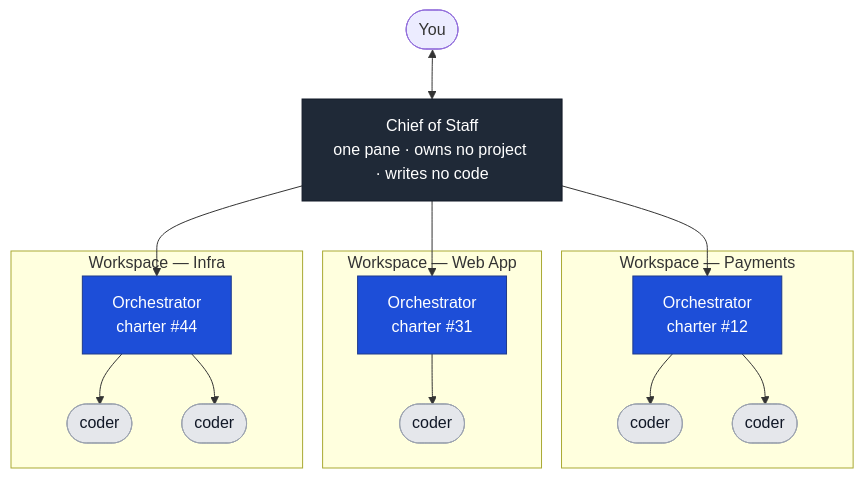
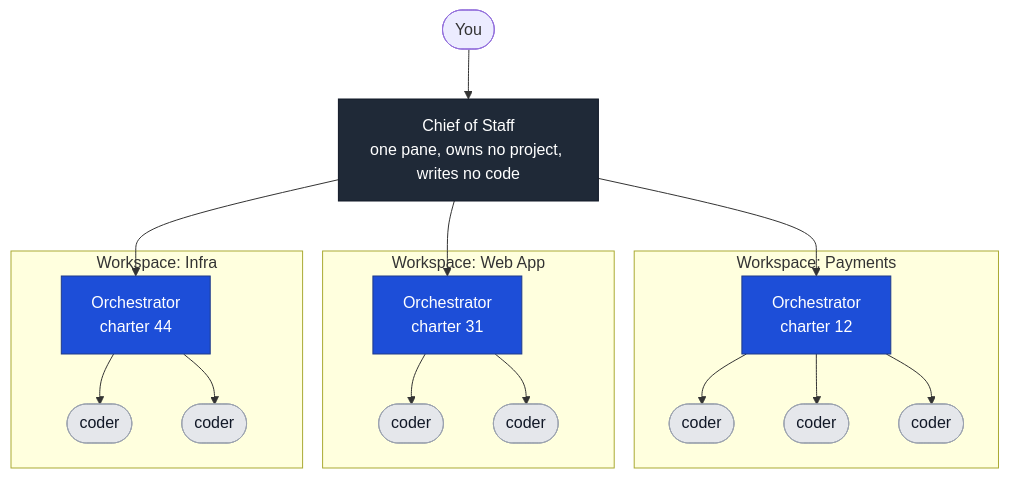
One commit to adamkaplan/fleet-kit changed the first of 2 diagrams in README.md. Above: the diagram before and after it, drawn with Mermaid. The commit also changed other lines of this file, not shown here.

````diff
--- a/README.md
+++ b/README.md
@@ -17,34 +23,43 @@
 ```mermaid
 flowchart TD
     You(["You"])
-    CoS["Chief of Staff<br/>one pane · owns no project · writes no code"]
+    CoS["Chief of Staff<br/>one pane, owns no project, writes no code"]
 
-    You <--> CoS
+    subgraph WS1["Workspace: Payments"]
+        O1["Orchestrator<br/>charter 12"]
+        A1(["coder"])
+        A2(["coder"])
+        A3(["coder"])
+        O1 --> A1
+        O1 --> A2
+        O1 --> A3
+    end
+
+    subgraph WS2["Workspace: Web App"]
+        O2["Orchestrator<br/>charter 31"]
+        B1(["coder"])
+        B2(["coder"])
+        O2 --> B1
+        O2 --> B2
+    end
+
+    subgraph WS3["Workspace: Infra"]
+        O3["Orchestrator<br/>charter 44"]
+        C1(["coder"])
+        C2(["coder"])
+        O3 --> C1
+        O3 --> C2
+    end
+
+    You --> CoS
     CoS --> O1
     CoS --> O2
     CoS --> O3
-
-    subgraph WS1[Workspace — Payments]
-        O1["Orchestrator<br/>charter #12"]
-        O1 --> A1(["coder"])
-        O1 --> A2(["coder"])
-    end
-
-    subgraph WS2[Workspace — Web App]
-        O2["Orchestrator<br/>charter #31"]
-        O2 --> B1(["coder"])
-    end
-
-    subgraph WS3[Workspace — Infra]
-        O3["Orchestrator<br/>charter #44"]
-        O3 --> C1(["coder"])
-        O3 --> C2(["coder"])
-    end
 
     classDef boss fill:#1f2937,stroke:#111827,color:#ffffff
     classDef orch fill:#1d4ed8,stroke:#1e3a8a,color:#ffffff
     classDef code fill:#e5e7eb,stroke:#9ca3af,color:#111827
     class CoS boss
     class O1,O2,O3 orch
-    class A1,A2,B1,C1,C2 code
+    class A1,A2,A3,B1,B2,C1,C2 code
 ```
````
